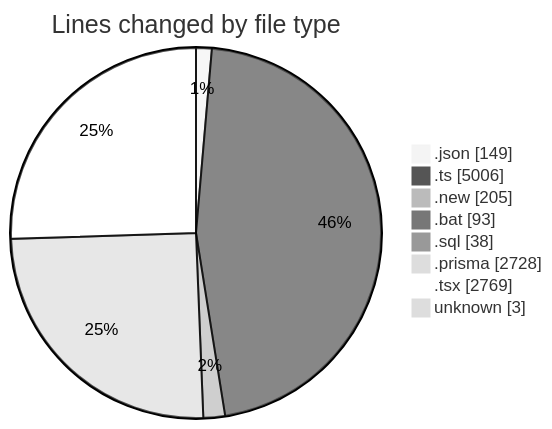
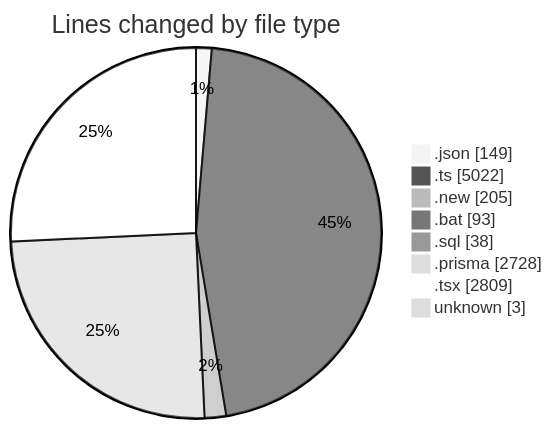
Before and after one commit to CELIANVF/code-tracking: the first of 2 diagrams in 2025-05-20/ecodeli-1/README.md, drawn with Mermaid (neutral theme). The commit also changed other lines of this file and 1 other file, not shown here.

````diff
--- a/2025-05-20/ecodeli-1/README.md
+++ b/2025-05-20/ecodeli-1/README.md
@@ -59,12 +60,12 @@
 ```mermaid
 pie showData
 title Lines changed by file type
 ".json" : 149
-".ts" : 5006
+".ts" : 5022
 ".new" : 205
 ".bat" : 93
 ".sql" : 38
 ".prisma" : 2728
-".tsx" : 2769
+".tsx" : 2809
 "unknown" : 3
 ```
````
